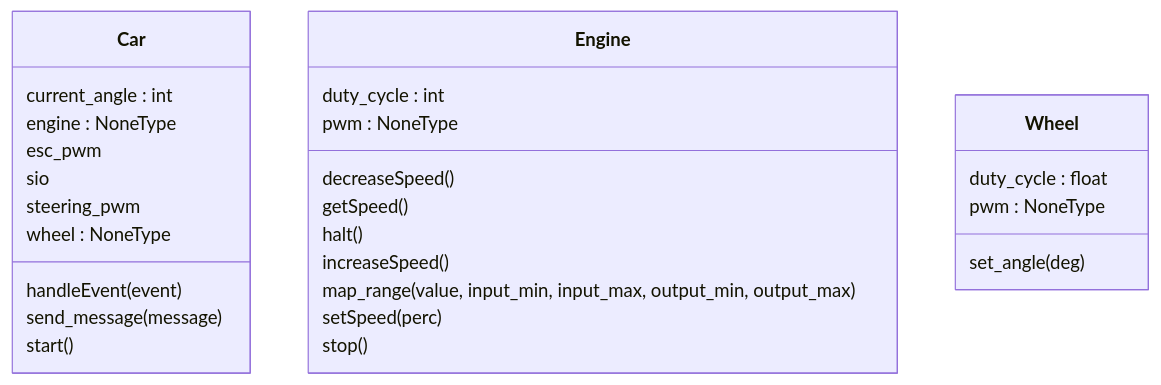
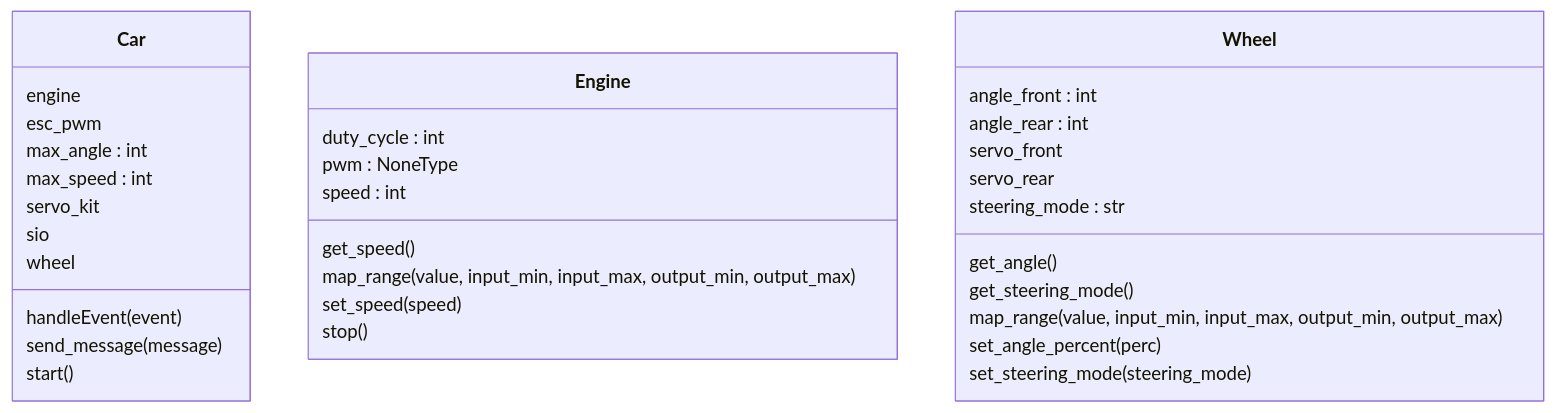
One commit to KingJacker/Vidricur25 changed the diagram in UML/classes_vidricur_control.mmd. Above: the diagram before and after it, drawn with Mermaid. The commit also changed 1 other file, not shown here.

Commit message:
updated uml

```diff
--- a/UML/classes_vidricur_control.mmd
+++ b/UML/classes_vidricur_control.mmd
@@ -1,28 +1,34 @@
 classDiagram
   class Car {
-    current_angle : int
-    engine : NoneType
+    engine
     esc_pwm
+    max_angle : int
+    max_speed : int
+    servo_kit
     sio
-    steering_pwm
-    wheel : NoneType
+    wheel
     handleEvent(event)
     send_message(message)
     start()
   }
   class Engine {
     duty_cycle : int
     pwm : NoneType
-    decreaseSpeed()
-    getSpeed()
-    halt()
-    increaseSpeed()
+    speed : int
+    get_speed()
     map_range(value, input_min, input_max, output_min, output_max)
-    setSpeed(perc)
+    set_speed(speed)
     stop()
   }
   class Wheel {
-    duty_cycle : float
-    pwm : NoneType
-    set_angle(deg)
+    angle_front : int
+    angle_rear : int
+    servo_front
+    servo_rear
+    steering_mode : str
+    get_angle()
+    get_steering_mode()
+    map_range(value, input_min, input_max, output_min, output_max)
+    set_angle_percent(perc)
+    set_steering_mode(steering_mode)
   }
```
